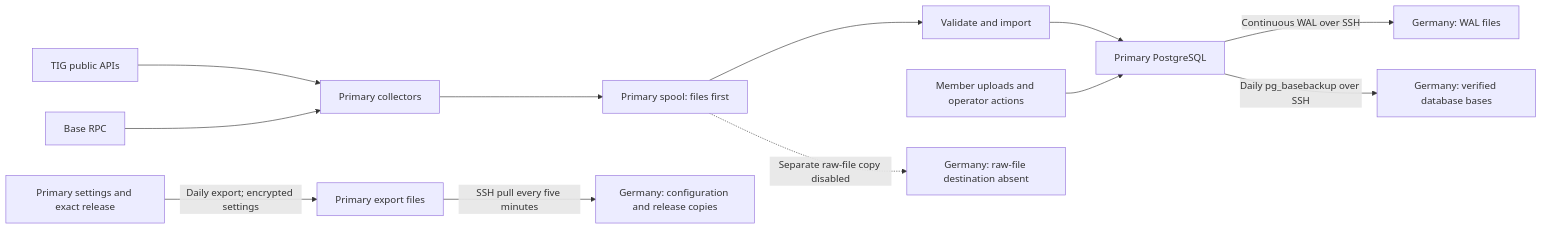
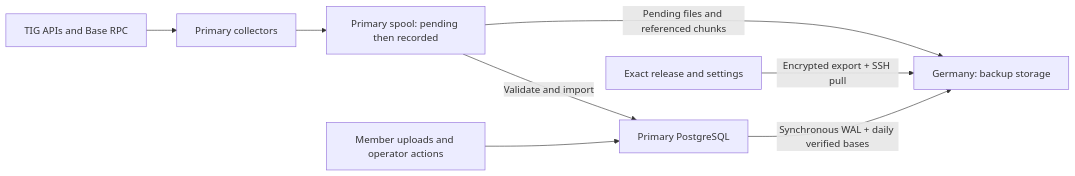
The diagram in docs/STORAGE_MAP.md (Daniel-T-S-Adams/tig-pool-v2), drawn with Mermaid before and after one commit. The commit also changed other lines of this file and 25 other files, not shown here.

Commit message:
ops: preserve recovery reserve and record completed storage cleanup

````diff
--- a/docs/STORAGE_MAP.md
+++ b/docs/STORAGE_MAP.md
@@ -49,14 +39,10 @@
 ```mermaid
 flowchart LR
-    TIG["TIG public APIs"] --> Collectors["Primary collectors"]
-    Base["Base RPC"] --> Collectors
-    Collectors --> Spool["Primary spool: files first"]
-    Spool --> Import["Validate and import"]
-    Import --> DB["Primary PostgreSQL"]
+    Sources["TIG APIs and Base RPC"] --> Collectors["Primary collectors"]
+    Collectors --> Spool["Primary spool: pending then recorded"]
+    Spool -->|"Validate and import"| DB["Primary PostgreSQL"]
     Members["Member uploads and operator actions"] --> DB
-    DB -->|"Continuous WAL over SSH"| WAL["Germany: WAL files"]
-    DB -->|"Daily pg_basebackup over SSH"| Bases["Germany: verified database bases"]
-    Settings["Primary settings and exact release"] -->|"Daily export; encrypted settings"| Export["Primary export files"]
-    Export -->|"SSH pull every five minutes"| Config["Germany: configuration and release copies"]
-    Spool -.->|"Separate raw-file copy disabled"| Files["Germany: raw-file destination absent"]
+    DB -->|"Synchronous WAL + daily verified bases"| Recovery["Germany: backup storage"]
+    Spool -->|"Pending files and referenced chunks"| Recovery
+    Settings["Exact release and settings"] -->|"Encrypted export + SSH pull"| Recovery
 ```
````
